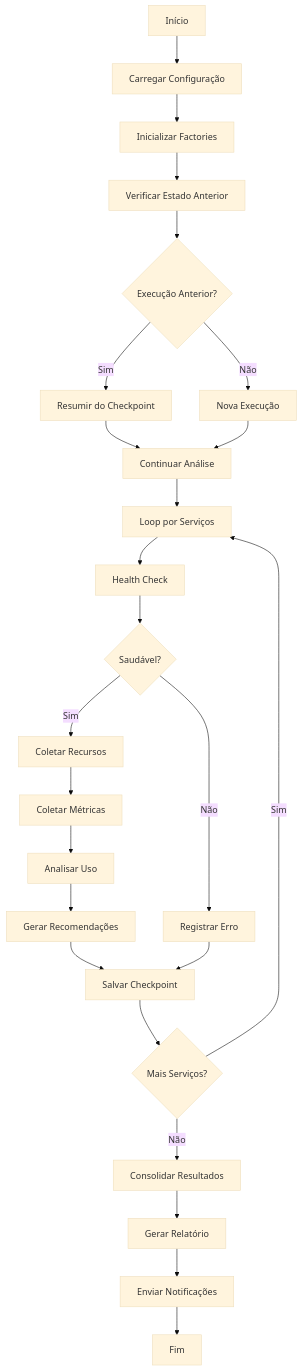
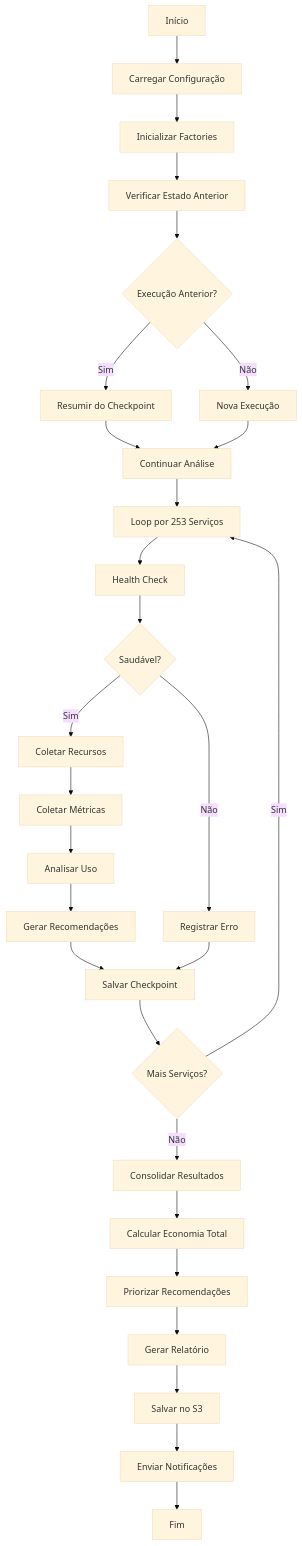
Before and after one commit to FELIPEACASTRO/finops-aws-bdr: diagram 12 of 13 in docs/FUNCTIONAL_GUIDE.md, drawn with Mermaid (base theme). The commit also changed other lines of this file and 6 other files, not shown here.

````diff
--- a/docs/FUNCTIONAL_GUIDE.md
+++ b/docs/FUNCTIONAL_GUIDE.md
@@ -713,28 +1195,31 @@
 ```mermaid
 flowchart TD
     A[Início] --> B[Carregar Configuração]
     B --> C[Inicializar Factories]
     C --> D[Verificar Estado Anterior]
     D --> E{Execução Anterior?}
     E -->|Sim| F[Resumir do Checkpoint]
     E -->|Não| G[Nova Execução]
     F --> H[Continuar Análise]
     G --> H
     
-    H --> I[Loop por Serviços]
+    H --> I[Loop por 253 Serviços]
     I --> J[Health Check]
     J --> K{Saudável?}
     K -->|Sim| L[Coletar Recursos]
     K -->|Não| M[Registrar Erro]
     L --> N[Coletar Métricas]
     N --> O[Analisar Uso]
     O --> P[Gerar Recomendações]
     P --> Q[Salvar Checkpoint]
     M --> Q
     Q --> R{Mais Serviços?}
     R -->|Sim| I
     R -->|Não| S[Consolidar Resultados]
-    S --> T[Gerar Relatório]
-    T --> U[Enviar Notificações]
-    U --> V[Fim]
+    S --> T[Calcular Economia Total]
+    T --> U[Priorizar Recomendações]
+    U --> V[Gerar Relatório]
+    V --> W[Salvar no S3]
+    W --> X[Enviar Notificações]
+    X --> Y[Fim]
 ```
````
